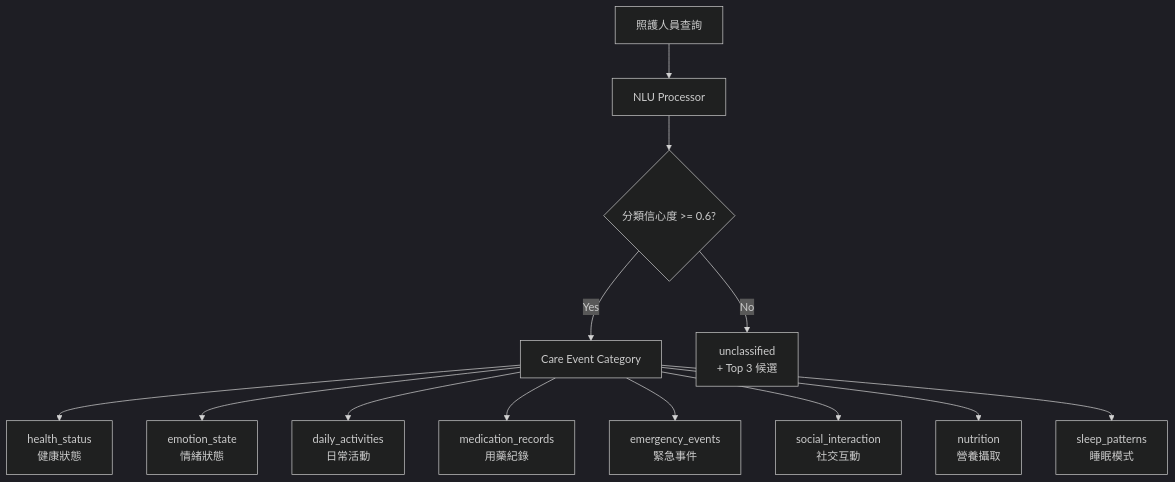
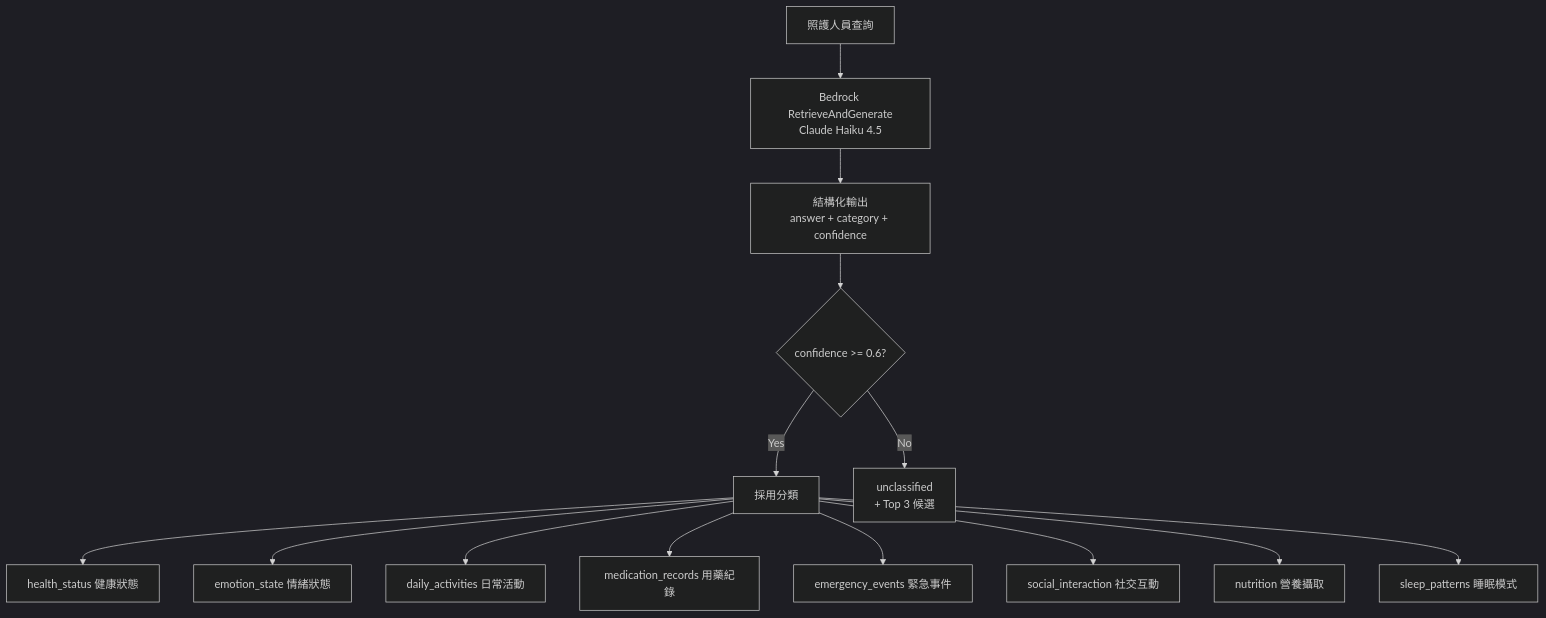
One commit to linjinhsien/Profit-Prophet changed the third of 3 diagrams in docs/architecture.md. Above: the diagram before and after it, drawn with Mermaid (dark theme). The commit also changed other lines of this file and 3 other files, not shown here.

````diff
--- a/docs/architecture.md
+++ b/docs/architecture.md
@@ -192,17 +107,17 @@
 ```mermaid
 graph TD
-    INPUT[照護人員查詢] --> NLU[NLU Processor]
-    NLU --> CLASS{分類信心度 >= 0.6?}
+    Q[照護人員查詢] --> BR[Bedrock RetrieveAndGenerate<br/>Claude Haiku 4.5]
+    BR --> OUT[結構化輸出<br/>answer + category + confidence]
+    OUT --> CHK{confidence >= 0.6?}
+    CHK -->|Yes| CAT[採用分類]
+    CHK -->|No| UN[unclassified<br/>+ Top 3 候選]
 
-    CLASS -->|Yes| CAT[Care Event Category]
-    CLASS -->|No| UNCLASS[unclassified<br/>+ Top 3 候選]
-
-    CAT --> H[health_status<br/>健康狀態]
-    CAT --> E[emotion_state<br/>情緒狀態]
-    CAT --> D[daily_activities<br/>日常活動]
-    CAT --> M[medication_records<br/>用藥紀錄]
-    CAT --> EM[emergency_events<br/>緊急事件]
-    CAT --> S[social_interaction<br/>社交互動]
-    CAT --> N[nutrition<br/>營養攝取]
-    CAT --> SL[sleep_patterns<br/>睡眠模式]
+    CAT --> C1[health_status 健康狀態]
+    CAT --> C2[emotion_state 情緒狀態]
+    CAT --> C3[daily_activities 日常活動]
+    CAT --> C4[medication_records 用藥紀錄]
+    CAT --> C5[emergency_events 緊急事件]
+    CAT --> C6[social_interaction 社交互動]
+    CAT --> C7[nutrition 營養攝取]
+    CAT --> C8[sleep_patterns 睡眠模式]
 ```
````
